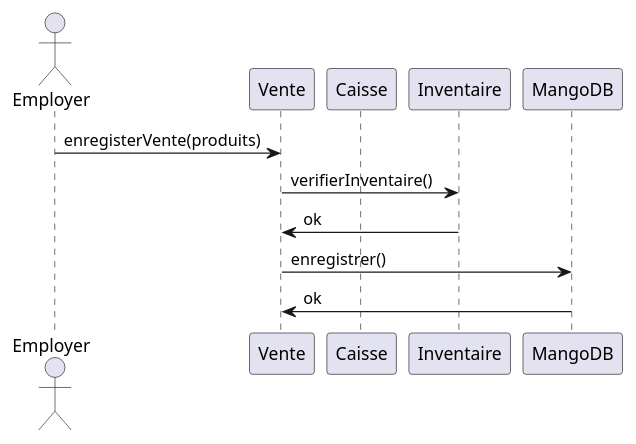
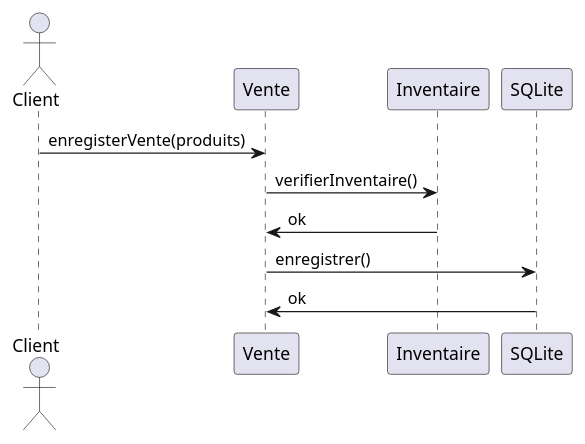
One commit to Barlow-Personal-Git/LOG430_Barlow_Etape_1 changed the diagram in docs/UML/diagramme_sequence.puml. Above: the diagram before and after it, drawn with PlantUML. The commit also changed 4 other files, not shown here.

Commit message:
Added UML(4+1)

```diff
--- a/docs/UML/diagramme_sequence.puml
+++ b/docs/UML/diagramme_sequence.puml
@@ -1,13 +1,12 @@
 @startuml
-actor Employer
+actor Client
 participant "Vente"
-participant "Caisse"
 participant "Inventaire"
-participant "MangoDB"
+participant "SQLite"
 
-Employer -> "Vente" : enregisterVente(produits)
+Client -> "Vente" : enregisterVente(produits)
 "Vente" -> "Inventaire" : verifierInventaire()
 "Inventaire" -> "Vente" : ok
-"Vente" -> "MangoDB" : enregistrer()
-"MangoDB" -> "Vente" : ok
+"Vente" -> "SQLite" : enregistrer()
+"SQLite" -> "Vente" : ok
 @enduml
```
